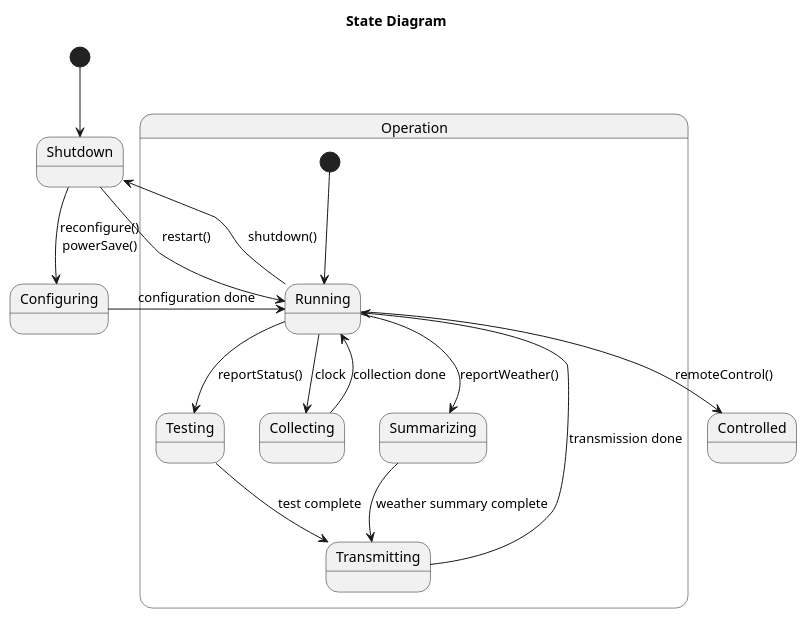
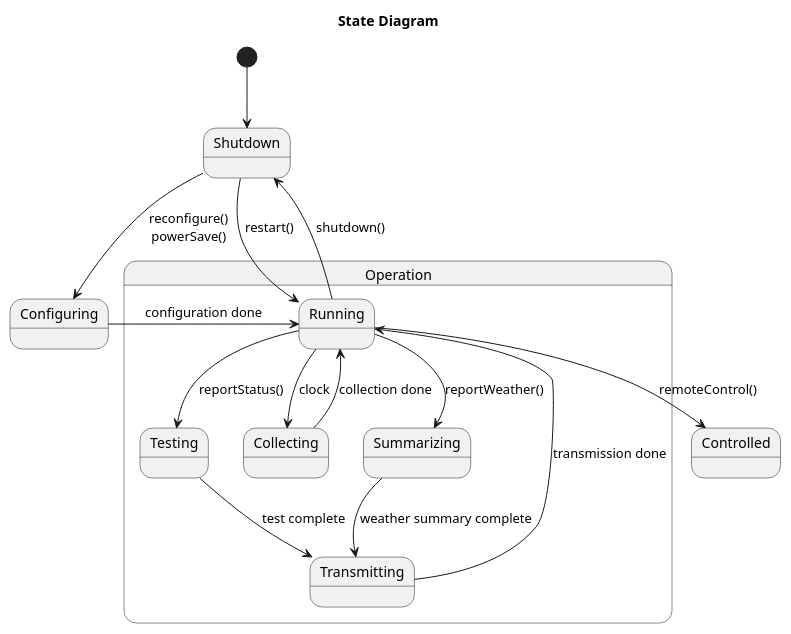
The diagram in dataset/case_52_weather_station_system/diagram.puml (maimunafaria/State_transition_Diagram_generated_by_LLM), drawn with PlantUML before and after one commit. The commit also changed 36 other files, not shown here.

Commit message:
verifying diagram ( plantuml )

```diff
--- a/dataset/case_52_weather_station_system/diagram.puml
+++ b/dataset/case_52_weather_station_system/diagram.puml
@@ -1,36 +1,35 @@
 @startuml
 title State Diagram
 
 [*] --> Shutdown
 
 state Shutdown
 state Configuring
 state Controlled
 
 state Operation {
   state Running
   state Testing
   state Collecting
   state Summarizing
   state Transmitting
 
-  [*] --> Running
 
   Running --> Testing : reportStatus()
   Running --> Collecting : clock
   Collecting --> Running : collection done
 
   Running --> Summarizing : reportWeather()
   Summarizing --> Transmitting : weather summary complete
   Transmitting --> Running : transmission done
 
   Testing --> Transmitting : test complete
 }
 
 Shutdown --> Running : restart()
 Shutdown --> Configuring : reconfigure()\npowerSave()
 Configuring --> Running : configuration done
 Running --> Shutdown : shutdown()
 Running --> Controlled : remoteControl()
 
 @enduml
```
